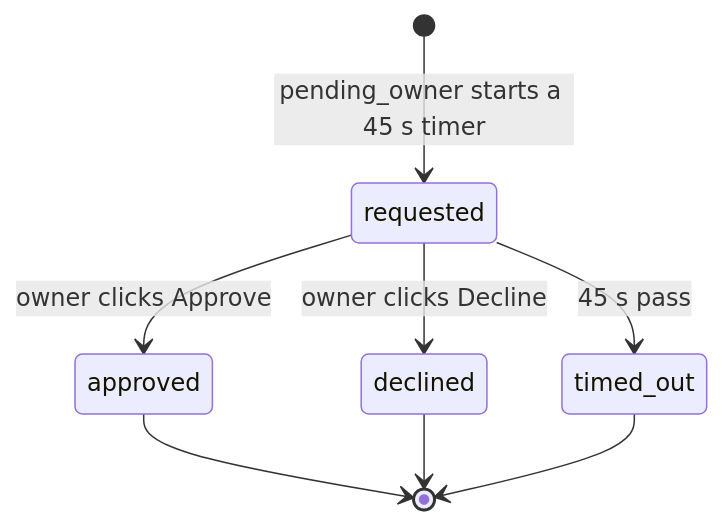
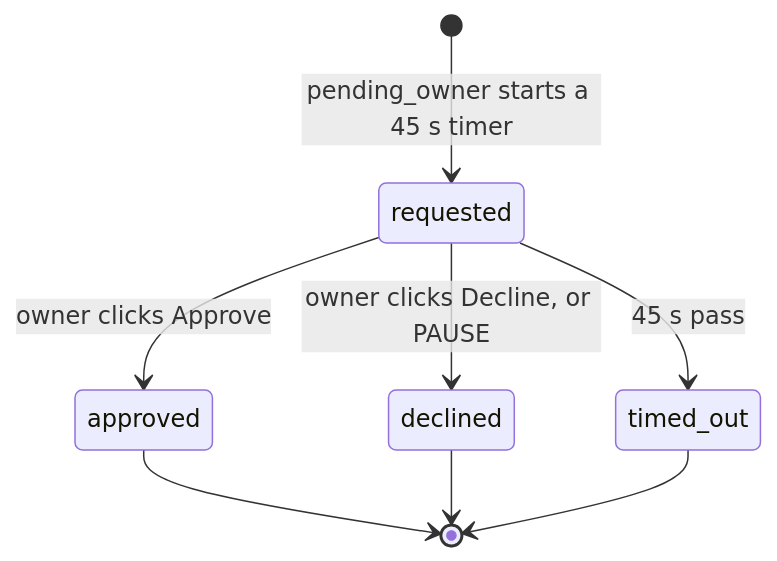
One commit to Maristanez/bazaar changed diagram 13 of 22 in docs/ARCHITECTURE.md. Above: the diagram before and after it, drawn with Mermaid. The commit also changed other lines of this file and 13 other files, not shown here.

````diff
--- a/docs/ARCHITECTURE.md
+++ b/docs/ARCHITECTURE.md
@@ -482,10 +483,10 @@
 ```mermaid
 stateDiagram-v2
   [*] --> requested : pending_owner starts a 45 s timer
   requested --> approved : owner clicks Approve
-  requested --> declined : owner clicks Decline
+  requested --> declined : owner clicks Decline, or PAUSE
   requested --> timed_out : 45 s pass
   approved --> [*]
   declined --> [*]
   timed_out --> [*]
 ```
````
